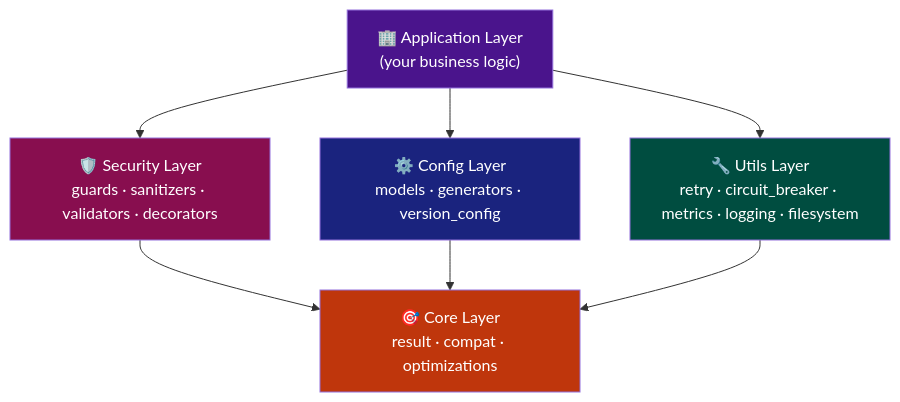
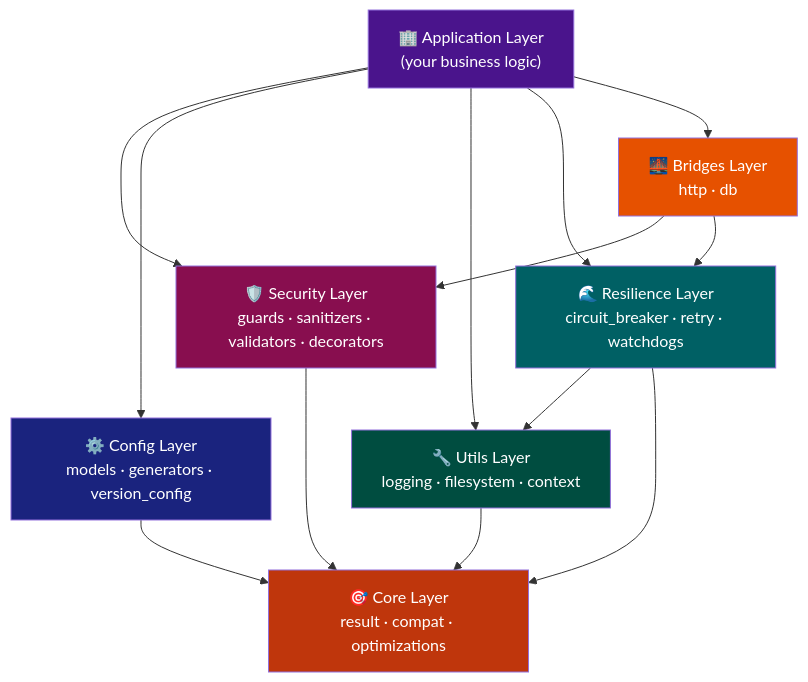
One commit to gabrielima7/TaipanStack changed the diagram in docs/architecture.md. Above: the diagram before and after it, drawn with Mermaid. The commit also changed other lines of this file and 3 other files, not shown here.

First line of the commit message:
docs: update architecture layers and environment examples

````diff
--- a/docs/architecture.md
+++ b/docs/architecture.md
@@ -13,21 +13,31 @@
 ```mermaid
 graph TD
     A["🏢 Application Layer<br/>(your business logic)"]
     B["🛡️ Security Layer<br/>guards · sanitizers · validators · decorators"]
     C["⚙️ Config Layer<br/>models · generators · version_config"]
-    D["🔧 Utils Layer<br/>retry · circuit_breaker · metrics · logging · filesystem"]
+    D["🔧 Utils Layer<br/>logging · filesystem · context"]
     E["🎯 Core Layer<br/>result · compat · optimizations"]
+    F["🌊 Resilience Layer<br/>circuit_breaker · retry · watchdogs"]
+    G["🌉 Bridges Layer<br/>http · db"]
 
     A --> B
     A --> C
     A --> D
+    A --> F
+    A --> G
+    F --> D
+    F --> E
+    G --> B
+    G --> F
     B --> E
     C --> E
     D --> E
 
     style A fill:#4A148C,color:#fff
     style B fill:#880E4F,color:#fff
     style C fill:#1A237E,color:#fff
     style D fill:#004D40,color:#fff
     style E fill:#BF360C,color:#fff
+    style F fill:#006064,color:#fff
+    style G fill:#E65100,color:#fff
 ```
````
